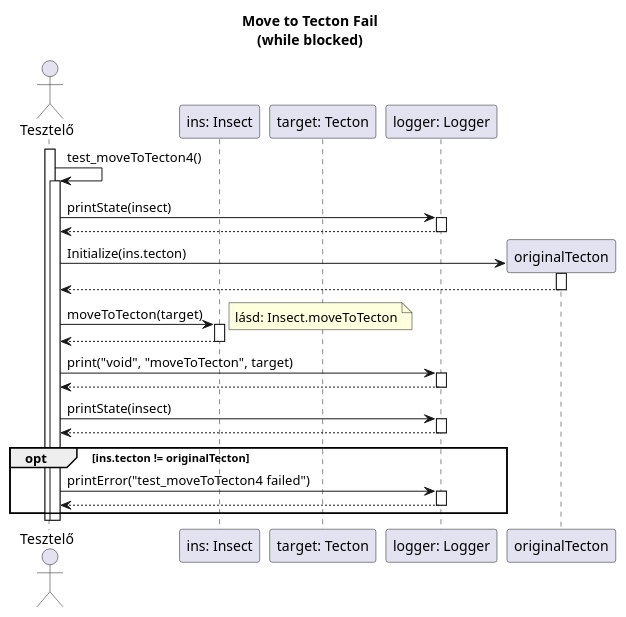
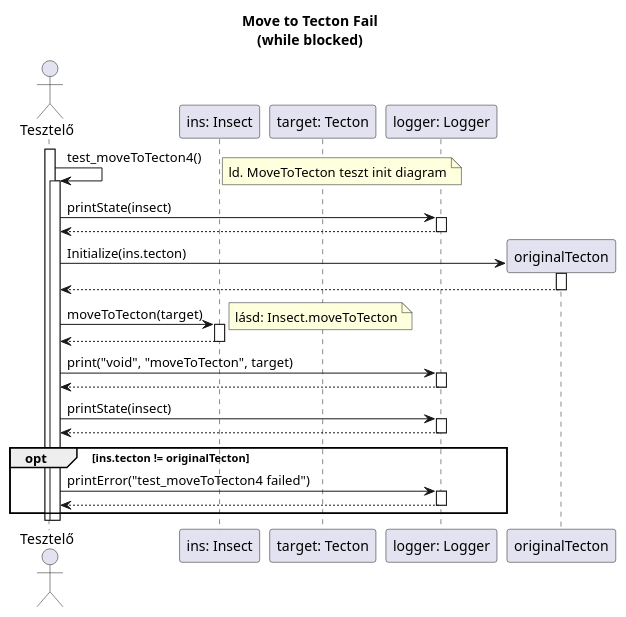
Before and after one commit to dzsem/projlab: the diagram in diagrams/test-sequence/insect/moveToTecton4.plantuml, drawn with PlantUML. The commit also changed 5 other files, not shown here.

```diff
--- a/diagrams/test-sequence/insect/moveToTecton4.plantuml
+++ b/diagrams/test-sequence/insect/moveToTecton4.plantuml
@@ -1,57 +1,58 @@
 @startuml test_moveToTecton4
 
 title Move to Tecton Fail\n(while blocked)
 
 actor "Tesztelő" as t
 participant "ins: Insect" as i
 participant "target: Tecton" as target
 participant "logger: Logger" as logger
 
 activate t
 t -> t: test_moveToTecton4()
+note right: ld. MoveToTecton teszt init diagram
 activate t
 
 	t -> logger: printState(insect)
 	activate logger
 
 	t <-- logger
 	deactivate logger
 
 	create originalTecton
 	t -> originalTecton: Initialize(ins.tecton)
 	activate originalTecton
 
 	t <-- originalTecton
 	deactivate originalTecton
 
 	t -> i: moveToTecton(target)
 	activate i
 	note right: lásd: Insect.moveToTecton
 
 	t <-- i
 	deactivate i
 
 	t -> logger: print("void", "moveToTecton", target)
 	activate logger
 
 	t <-- logger
 	deactivate logger
 
 	t -> logger: printState(insect)
 	activate logger
 	t <-- logger
 	deactivate logger
 
 	opt ins.tecton != originalTecton
 		t -> logger: printError("test_moveToTecton4 failed")
 		activate logger
 
 		t <-- logger
 		deactivate logger
 	end
 
 	deactivate t
 deactivate t
 
 
 @enduml
```
